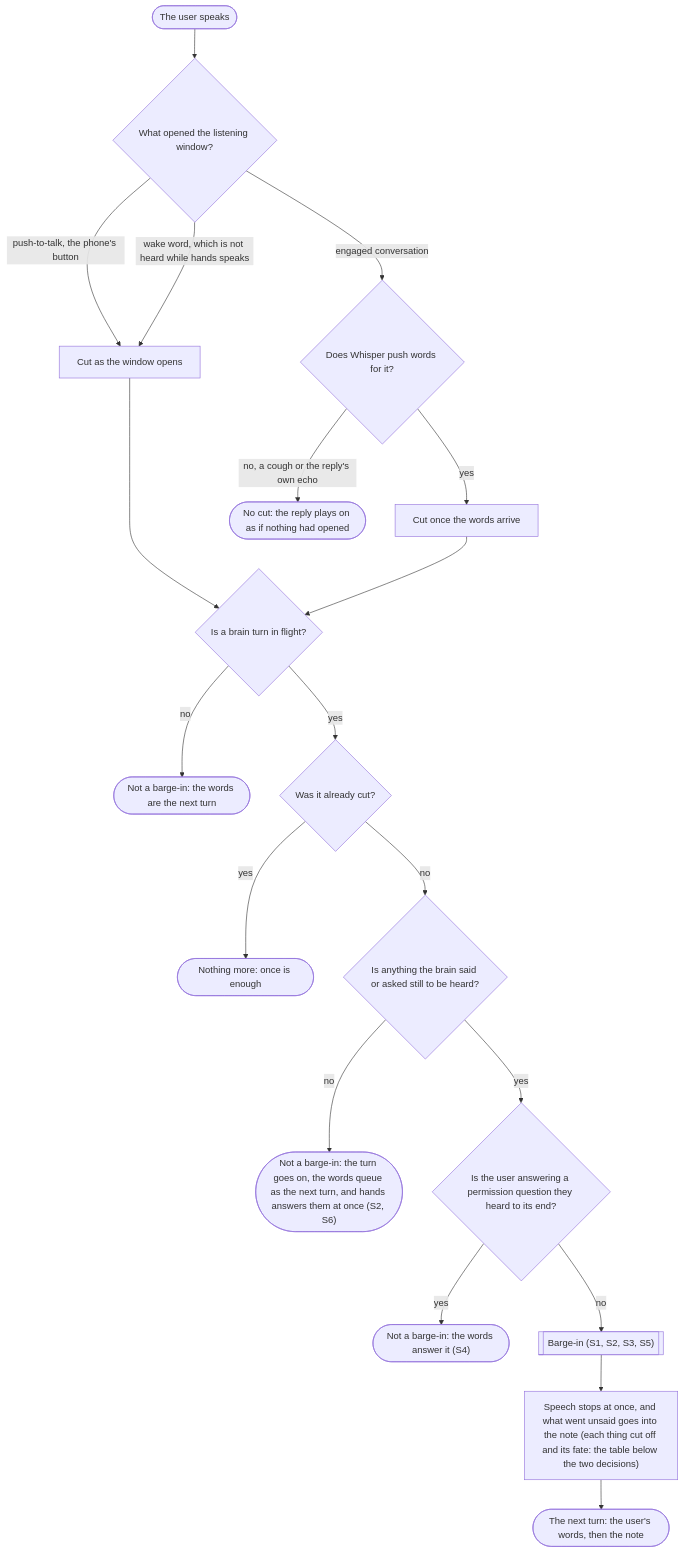
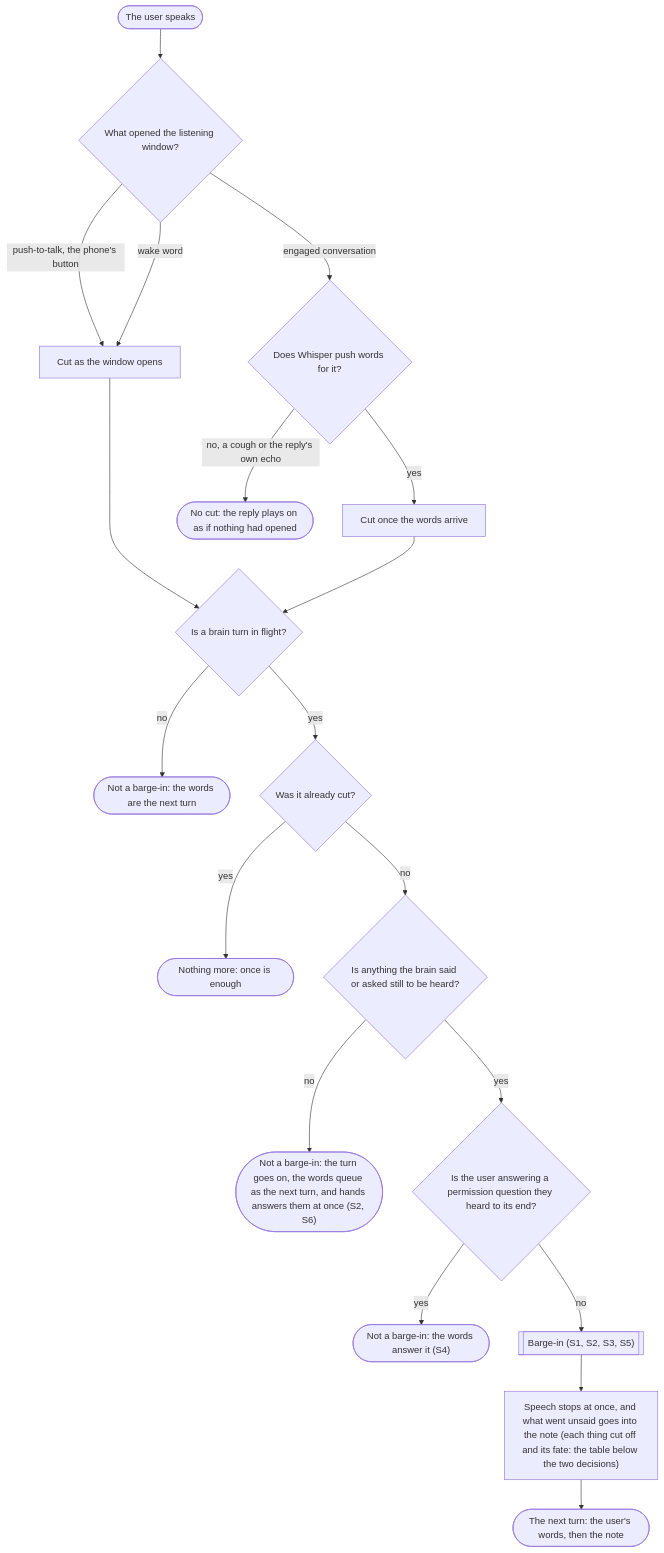
The first of 7 diagrams in docs/barge-in.md (promptctl/cc-hands), drawn with Mermaid before and after one commit. The commit also changed other lines of this file and 4 other files, not shown here.

Commit message:
voice: the wake word is heard while hands speaks, so it cuts a reply as the held key does; engaged and wake word differ only in what opens the turn and when it cuts (promptctl-barge-in-duao.us9)

````diff
--- a/docs/barge-in.md
+++ b/docs/barge-in.md
@@ -54,21 +54,21 @@
 ```mermaid
 flowchart TD
     speak(["The user speaks"]) --> opened{"What opened the listening window?"}
     opened -- "push-to-talk, the phone's button" --> now["Cut as the window opens"]
-    opened -- "wake word, which is not heard while hands speaks" --> now
+    opened -- "wake word" --> now
     opened -- "engaged conversation" --> whisper{"Does Whisper push words for it?"}
     whisper -- "yes" --> words["Cut once the words arrive"]
     whisper -- "no, a cough or the reply's own echo" --> nocut(["No cut: the reply plays on as if nothing had opened"])
     now --> inflight{"Is a brain turn in flight?"}
     words --> inflight
     inflight -- "no" --> nextturn(["Not a barge-in: the words are the next turn"])
     inflight -- "yes" --> again{"Was it already cut?"}
     again -- "yes" --> once(["Nothing more: once is enough"])
     again -- "no" --> left{"Is anything the brain said or asked still to be heard?"}
     left -- "no" --> queue(["Not a barge-in: the turn goes on, the words queue as the next turn, and hands answers them at once (S2, S6)"])
     left -- "yes" --> heard{"Is the user answering a permission question they heard to its end?"}
     heard -- "yes" --> answer(["Not a barge-in: the words answer it (S4)"])
     heard -- "no" --> barge[["Barge-in (S1, S2, S3, S5)"]]
     barge --> fates["Speech stops at once, and what went unsaid goes into the note (each thing cut off and its fate: the table below the two decisions)"]
     fates --> note(["The next turn: the user's words, then the note"])
 ```
````
